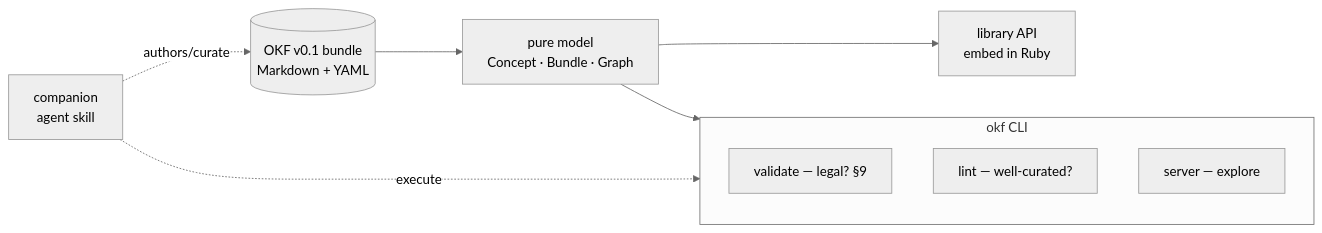
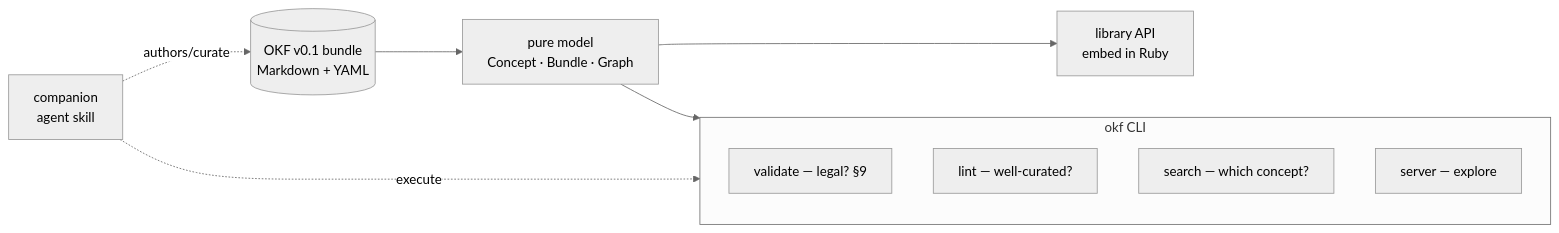
Before and after one commit to serradura/okf-gem: the diagram in .okf/overview.md, drawn with Mermaid (neutral theme). The commit also changed other lines of this file and 19 other files, not shown here.

````diff
--- a/.okf/overview.md
+++ b/.okf/overview.md
@@ -16,13 +16,14 @@
 ```mermaid
 flowchart LR
   skill["companion<br/>agent skill"] -. authors/curate .-> bundle[("OKF v0.1 bundle<br/>Markdown + YAML")]
   bundle --> model["pure model<br/>Concept · Bundle · Graph"]
   skill -. execute .-> cli
   subgraph cli ["okf CLI"]
     validate["validate — legal? §9"]
     lint["lint — well-curated?"]
+    search["search — which concept?"]
     server["server — explore"]
   end
   model --> cli
   model --> library["library API<br/>embed in Ruby"]
 ```
````
